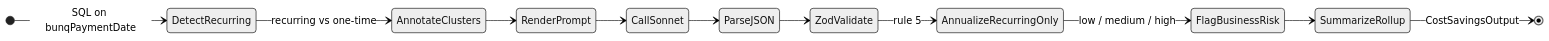
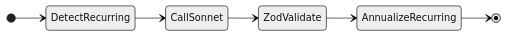
The fifth of 10 diagrams in README.md (LucasDuys/bunq-hackathon), drawn with Mermaid (neutral theme) before and after one commit. The commit also changed other lines of this file, not shown here.

````diff
--- a/README.md
+++ b/README.md
@@ -228,14 +191,9 @@
 ```mermaid
 stateDiagram-v2
     direction LR
-    [*] --> DetectRecurring: SQL on bunqPaymentDate
-    DetectRecurring --> AnnotateClusters: recurring vs one-time
-    AnnotateClusters --> RenderPrompt
-    RenderPrompt --> CallSonnet
-    CallSonnet --> ParseJSON
-    ParseJSON --> ZodValidate
-    ZodValidate --> AnnualizeRecurringOnly: rule 5
-    AnnualizeRecurringOnly --> FlagBusinessRisk: low / medium / high
-    FlagBusinessRisk --> SummarizeRollup
-    SummarizeRollup --> [*]: CostSavingsOutput
+    [*] --> DetectRecurring
+    DetectRecurring --> CallSonnet
+    CallSonnet --> ZodValidate
+    ZodValidate --> AnnualizeRecurring
+    AnnualizeRecurring --> [*]
 ```
````
